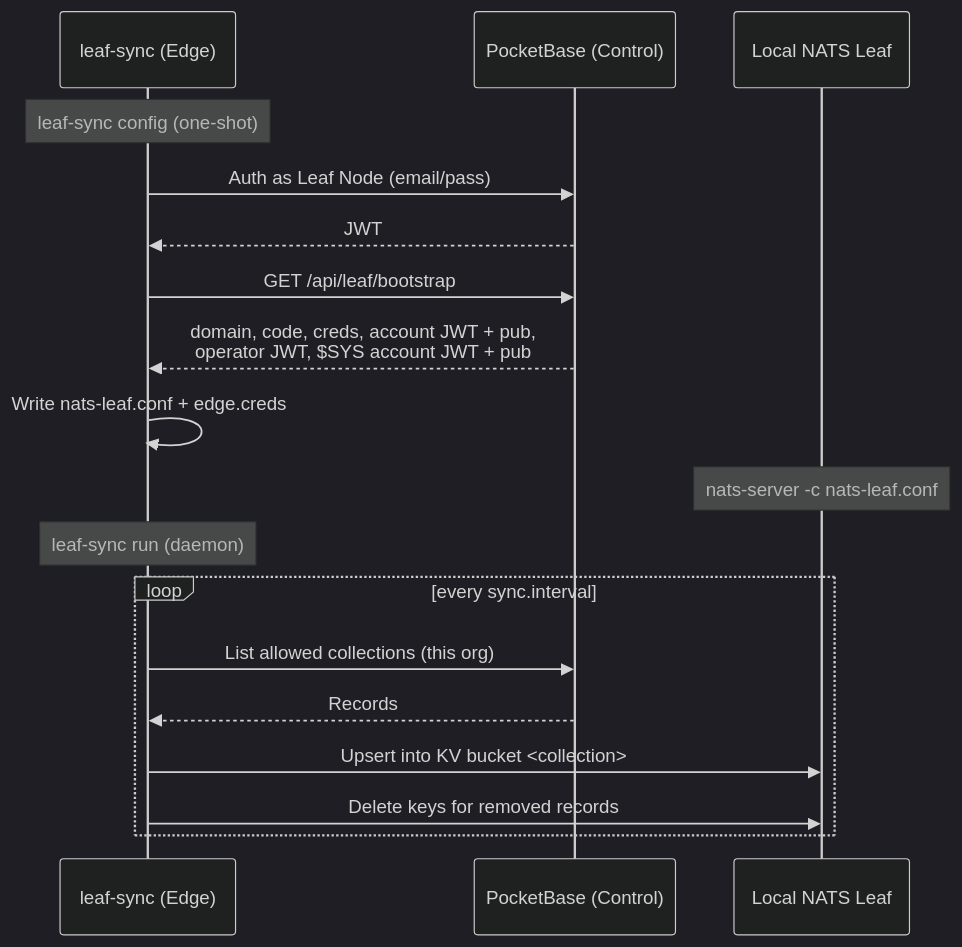
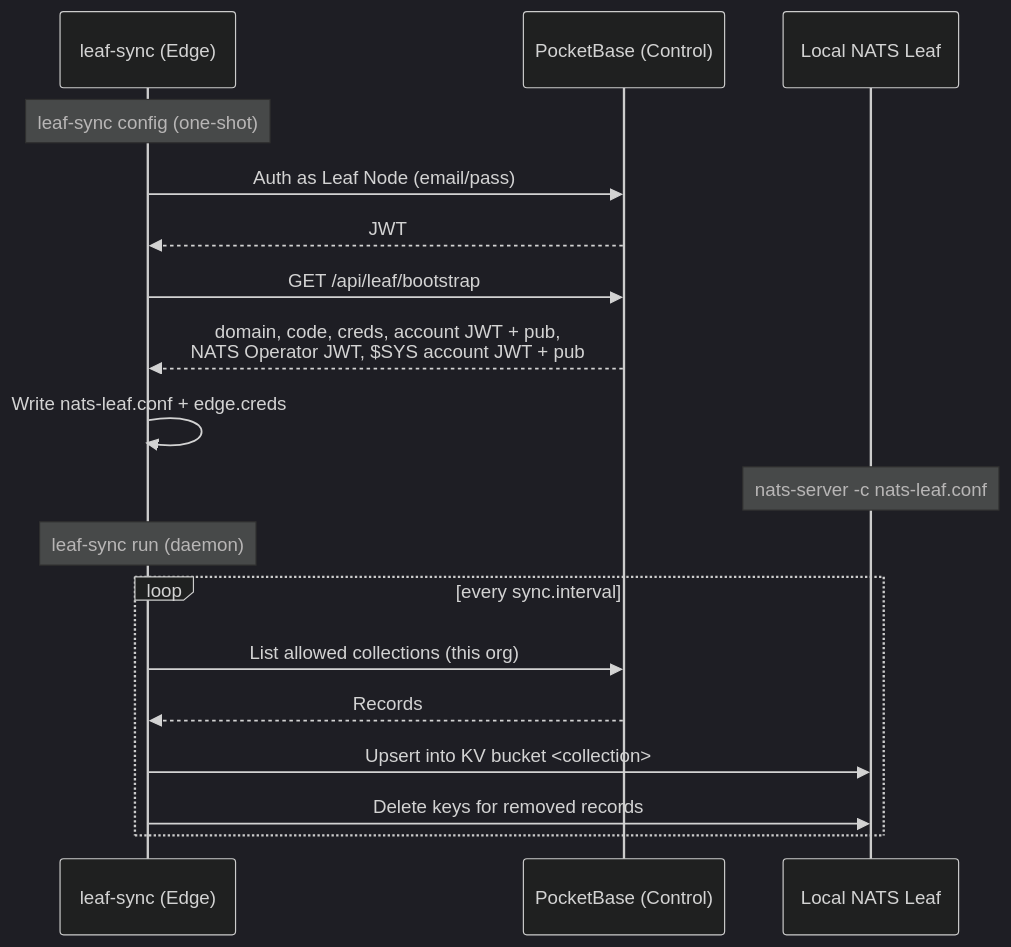
One commit to stone-age-io/platform-docs changed the diagram in docs/leaf-nodes.md. Above: the diagram before and after it, drawn with Mermaid (dark theme). The commit also changed other lines of this file and 19 other files, not shown here.

````diff
--- a/docs/leaf-nodes.md
+++ b/docs/leaf-nodes.md
@@ -77,22 +77,22 @@
 ```mermaid
 sequenceDiagram
     participant LS as leaf-sync (Edge)
     participant API as PocketBase (Control)
     participant LEAF as Local NATS Leaf
 
     Note over LS: leaf-sync config (one-shot)
     LS->>API: Auth as Leaf Node (email/pass)
     API-->>LS: JWT
     LS->>API: GET /api/leaf/bootstrap
-    API-->>LS: domain, code, creds, account JWT + pub,<br/>operator JWT, $SYS account JWT + pub
+    API-->>LS: domain, code, creds, account JWT + pub,<br/>NATS Operator JWT, $SYS account JWT + pub
     LS->>LS: Write nats-leaf.conf + edge.creds
     Note over LEAF: nats-server -c nats-leaf.conf
 
     Note over LS: leaf-sync run (daemon)
     loop every sync.interval
         LS->>API: List allowed collections (this org)
         API-->>LS: Records
         LS->>LEAF: Upsert into KV bucket <collection>
         LS->>LEAF: Delete keys for removed records
     end
 ```
````
